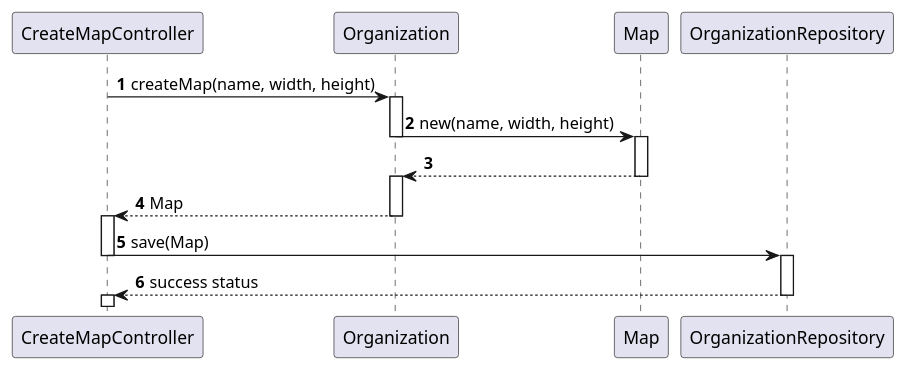
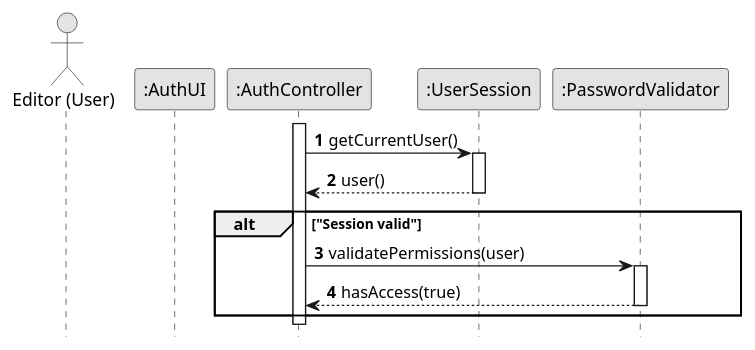
The diagram in Sprint2/US01/03.design.us01/puml/US01-SD-partial-create-store-map.puml (Andremonteiro1240850/railway_simulator), drawn with PlantUML before and after one commit. The commit also changed 7 other files, not shown here.

Commit message:
Diagrams Updated

```diff
--- a/Sprint2/US01/03.design.us01/puml/US01-SD-partial-create-store-map.puml
+++ b/Sprint2/US01/03.design.us01/puml/US01-SD-partial-create-store-map.puml
@@ -1,28 +1,35 @@
 @startuml
-'https://plantuml.com/sequence-diagram
-'skinparam monochrome true
+skinparam monochrome true
 skinparam packageStyle rectangle
 skinparam shadowing false
+autonumber
+hide footbox
 
-autonumber
-'hide footbox
+actor User as "Editor (User)"
+participant ":AuthUI" as AuthUI
+participant ":AuthController" as AuthCtrl
+participant ":UserSession" as Session
+participant ":PasswordValidator" as Validator
 
-CreateMapController -> Organization : createMap(name, width, height)
-activate Organization
-Organization -> Map : new(name, width, height)
-deactivate Organization
-activate Map
-Map --> Organization
-deactivate Map
-activate Organization
-Organization --> CreateMapController : Map
-deactivate Organization
-activate CreateMapController
 
-CreateMapController -> OrganizationRepository : save(Map)
-deactivate CreateMapController
-activate OrganizationRepository
-OrganizationRepository --> CreateMapController : success status
-deactivate OrganizationRepository
-activate CreateMapController
+
+
+activate AuthCtrl
+
+AuthCtrl -> Session : getCurrentUser()
+activate Session
+Session --> AuthCtrl : user()
+deactivate Session
+
+alt "Session valid"
+  AuthCtrl -> Validator : validatePermissions(user)
+  activate Validator
+  Validator --> AuthCtrl : hasAccess(true)
+  deactivate Validator
+
+
+
+end
+
+deactivate AuthCtrl
 @enduml
```
